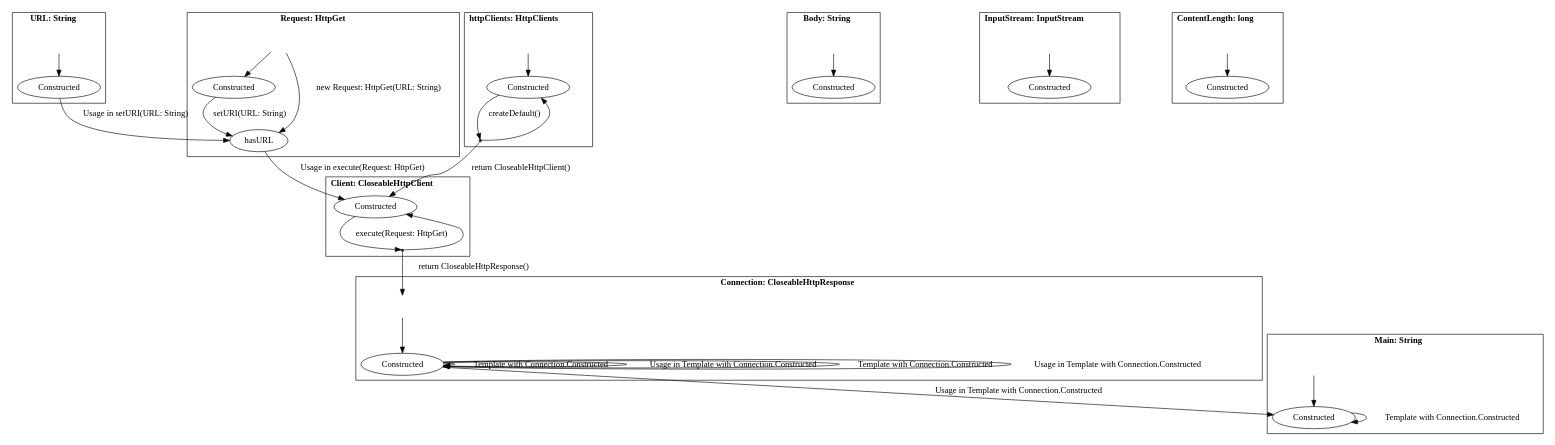
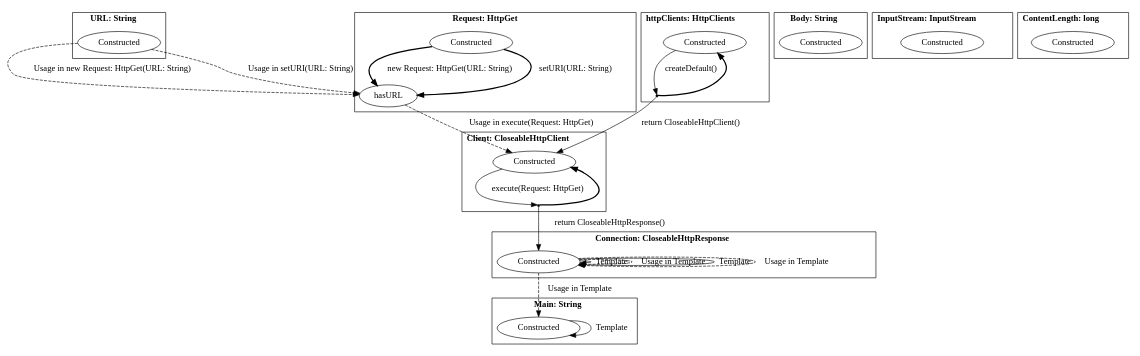
One commit to h31/LibraryMigration changed the diagram in apache.dot. Above: the diagram before and after it, drawn with Graphviz. The commit also changed 9 other files, not shown here.

Commit message:
Add a style to graph edges, remove Init state

```diff
--- a/apache.dot
+++ b/apache.dot
@@ -1,74 +1,58 @@
 digraph G {
     subgraph cluster0 {
     label = <<B>URL: String</B>>;
-        Init_URL [ label="Init" , style = invis ];
-        Constructed_URL [ label="Constructed"  ];
+        Constructed_URL [ label="Constructed" ];
     }
     subgraph cluster1 {
     label = <<B>Request: HttpGet</B>>;
-        Init_Request [ label="Init" , style = invis ];
-        Constructed_Request [ label="Constructed"  ];
-        hasURL_Request [ label="hasURL"  ];
+        Constructed_Request [ label="Constructed" ];
+        hasURL_Request [ label="hasURL" ];
     }
     subgraph cluster2 {
     label = <<B>Client: CloseableHttpClient</B>>;
-        Init_Client [ label="Init" , style = invis ];
-        Constructed_Client [ label="Constructed"  ];
+        Constructed_Client [ label="Constructed" ];
         virtual0 [ shape = point ];
     }
     subgraph cluster3 {
     label = <<B>Connection: CloseableHttpResponse</B>>;
-        Init_Connection [ label="Init" , style = invis ];
-        Constructed_Connection [ label="Constructed"  ];
+        Constructed_Connection [ label="Constructed" ];
     }
     subgraph cluster4 {
     label = <<B>Body: String</B>>;
-        Init_Body [ label="Init" , style = invis ];
-        Constructed_Body [ label="Constructed"  ];
+        Constructed_Body [ label="Constructed" ];
     }
     subgraph cluster5 {
     label = <<B>httpClients: HttpClients</B>>;
-        Init_httpClients [ label="Init" , style = invis ];
-        Constructed_httpClients [ label="Constructed"  ];
+        Constructed_httpClients [ label="Constructed" ];
         virtual1 [ shape = point ];
     }
     subgraph cluster6 {
     label = <<B>Main: String</B>>;
-        Init_Main [ label="Init" , style = invis ];
-        Constructed_Main [ label="Constructed"  ];
+        Constructed_Main [ label="Constructed" ];
     }
     subgraph cluster7 {
     label = <<B>InputStream: InputStream</B>>;
-        Init_InputStream [ label="Init" , style = invis ];
-        Constructed_InputStream [ label="Constructed"  ];
+        Constructed_InputStream [ label="Constructed" ];
     }
     subgraph cluster8 {
     label = <<B>ContentLength: long</B>>;
-        Init_ContentLength [ label="Init" , style = invis ];
-        Constructed_ContentLength [ label="Constructed"  ];
+        Constructed_ContentLength [ label="Constructed" ];
     }
-        Init_URL -> Constructed_URL [ label=""  ];
-        Constructed_URL -> hasURL_Request [ label="Usage in setURI(URL: String)"  ];
-        Init_Request -> Constructed_Request [ label=""  ];
-        Init_Request -> hasURL_Request [ label="new Request: HttpGet(URL: String)"  ];
-        Constructed_Request -> hasURL_Request [ label="setURI(URL: String)"  ];
-        hasURL_Request -> Constructed_Client [ label="Usage in execute(Request: HttpGet)"  ];
+        Constructed_URL -> hasURL_Request [ label="Usage in new Request: HttpGet(URL: String)", style = "dashed"  ];
+        Constructed_URL -> hasURL_Request [ label="Usage in setURI(URL: String)", style = "dashed"  ];
+        Constructed_Request -> hasURL_Request [ label="new Request: HttpGet(URL: String)", style = "bold"  ];
+        Constructed_Request -> hasURL_Request [ label="setURI(URL: String)", style = "bold"  ];
+        hasURL_Request -> Constructed_Client [ label="Usage in execute(Request: HttpGet)", style = "dashed"  ];
         Constructed_Client -> virtual0 [ label="execute(Request: HttpGet)"  ];
-        virtual0 -> Constructed_Client ;
-        virtual0 -> Init_Connection [ label="return CloseableHttpResponse()"  ];
-        Init_Connection -> Constructed_Connection [ label=""  ];
-        Constructed_Connection -> Constructed_Main [ label="Usage in Template with Connection.Constructed"  ];
-        Constructed_Connection -> Constructed_Connection [ label="Template with Connection.Constructed"  ];
-        Constructed_Connection -> Constructed_Connection [ label="Usage in Template with Connection.Constructed"  ];
-        Constructed_Connection -> Constructed_Connection [ label="Template with Connection.Constructed"  ];
-        Constructed_Connection -> Constructed_Connection [ label="Usage in Template with Connection.Constructed"  ];
-        Init_Body -> Constructed_Body [ label=""  ];
-        Init_httpClients -> Constructed_httpClients [ label=""  ];
+        virtual0 -> Constructed_Client [ style = "bold"  ];
+        virtual0 -> Constructed_Connection [ label="return CloseableHttpResponse()"  ];
+        Constructed_Connection -> Constructed_Main [ label="Usage in Template", style = "dashed"  ];
+        Constructed_Connection -> Constructed_Connection [ label="Template", style = "solid"  ];
+        Constructed_Connection -> Constructed_Connection [ label="Usage in Template", style = "dashed"  ];
+        Constructed_Connection -> Constructed_Connection [ label="Template", style = "solid"  ];
+        Constructed_Connection -> Constructed_Connection [ label="Usage in Template", style = "dashed"  ];
         Constructed_httpClients -> virtual1 [ label="createDefault()"  ];
-        virtual1 -> Constructed_httpClients ;
+        virtual1 -> Constructed_httpClients [ style = "bold"  ];
         virtual1 -> Constructed_Client [ label="return CloseableHttpClient()"  ];
-        Init_Main -> Constructed_Main [ label=""  ];
-        Constructed_Main -> Constructed_Main [ label="Template with Connection.Constructed"  ];
-        Init_InputStream -> Constructed_InputStream [ label=""  ];
-        Init_ContentLength -> Constructed_ContentLength [ label=""  ];
+        Constructed_Main -> Constructed_Main [ label="Template", style = "solid"  ];
 }
```
